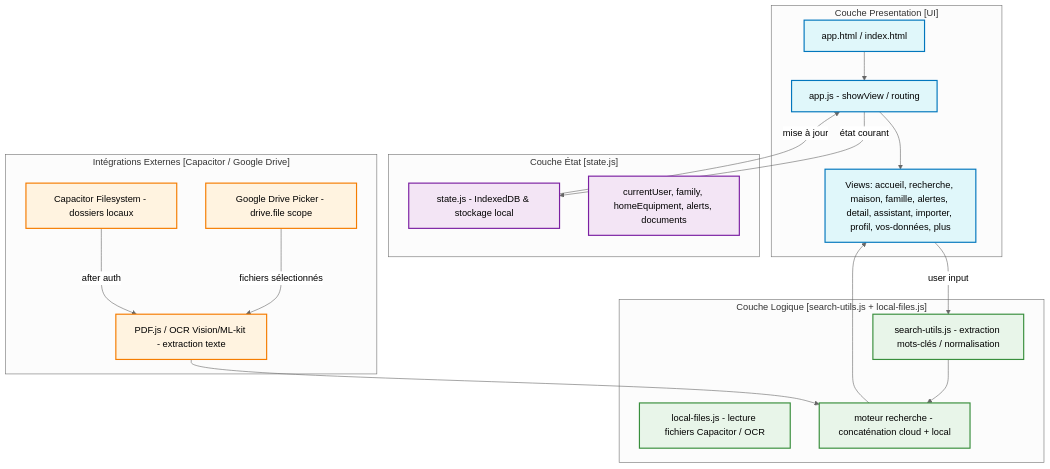
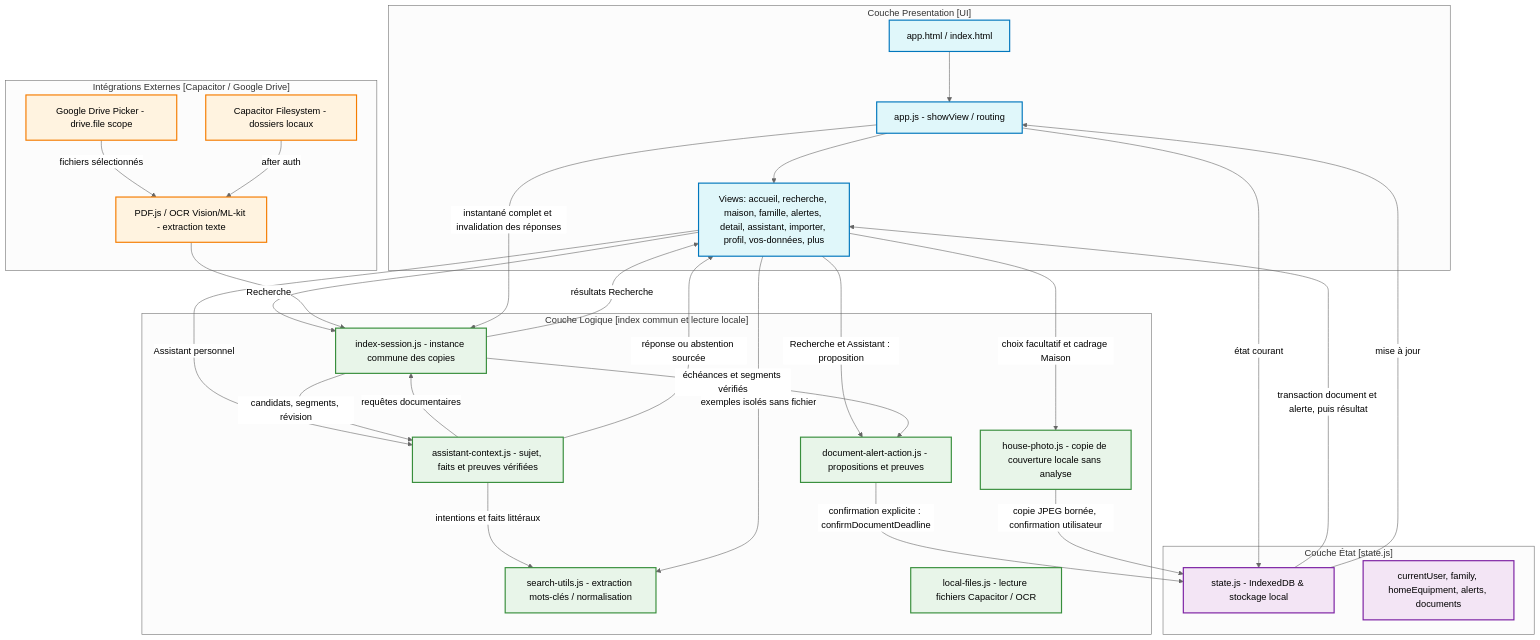
Before and after one commit to stn-user/workspace: the diagram in projets/famili-ia/docs/architecture/mermaid/overview.mmd, drawn with Mermaid (neutral theme). The commit also changed 42 other files, not shown here.

```diff
--- a/projets/famili-ia/docs/architecture/mermaid/overview.mmd
+++ b/projets/famili-ia/docs/architecture/mermaid/overview.mmd
@@ -1,51 +1,66 @@
 graph TD
     %% Couches d'application
     subgraph "Couche Presentation [UI]"
         A[app.html / index.html]
         B[app.js - showView / routing]
         C[Views: accueil, recherche, maison, famille, alertes, detail, assistant, importer, profil, vos-données, plus]
     end
 
     subgraph "Couche État [state.js]"
         D[state.js - IndexedDB & stockage local]
         E[currentUser, family, homeEquipment, alerts, documents]
     end
 
-    subgraph "Couche Logique [search-utils.js + local-files.js]"
+    subgraph "Couche Logique [index commun et lecture locale]"
         F[search-utils.js - extraction mots-clés / normalisation]
         G[local-files.js - lecture fichiers Capacitor / OCR]
-        H[moteur recherche - concaténation cloud + local]
+        H[index-session.js - instance commune des copies]
+        L[assistant-context.js - sujet, faits et preuves vérifiées]
+        M[document-alert-action.js - propositions et preuves]
+        N[house-photo.js - copie de couverture locale sans analyse]
     end
 
     subgraph "Intégrations Externes [Capacitor / Google Drive]"
         I[Capacitor Filesystem - dossiers locaux]
         J[Google Drive Picker - drive.file scope]
         K[PDF.js / OCR Vision/ML-kit - extraction texte]
     end
 
     %% Flux de données
     A --> B
     B --> C
-    C -->|user input| F
-    F --> H
-    H --> C
+    C -->|Recherche| H
+    C -->|Assistant personnel| L
+    L -->|intentions et faits littéraux| F
+    L -->|requêtes documentaires| H
+    H -->|candidats, segments, révision| L
+    L -->|réponse ou abstention sourcée| C
+    H -->|résultats Recherche| C
+    C -->|exemples isolés sans fichier| F
+    C -->|Recherche et Assistant : proposition| M
+    H -->|échéances et segments vérifiés| M
+    M -->|confirmation explicite : confirmDocumentDeadline| D
+    D -->|transaction document et alerte, puis résultat| C
+    C -->|choix facultatif et cadrage Maison| N
+    N -->|copie JPEG bornée, confirmation utilisateur| D
 
     %% Flux cloud
     J -->|fichiers sélectionnés| K
     K --> H
     I -->|after auth| K
 
     %% État
     D -->|mise à jour| B
     B -->|état courant| D
+    B -->|instantané complet et invalidation des réponses| H
 
     %% Style
     classDef ui fill:#e0f7fa,stroke:#0277bd,stroke-width:2px;
     classDef state fill:#f3e5f5,stroke:#7b1fa2,stroke-width:2px;
     classDef logic fill:#e8f5e9,stroke:#388e3c,stroke-width:2px;
     classDef ext fill:#fff3e0,stroke:#f57c00,stroke-width:2px;
 
     class A,B,C ui;
     class D,E state;
-    class F,G,H logic;
+    class F,G,H,L,M,N logic;
     class I,J,K ext;
```
